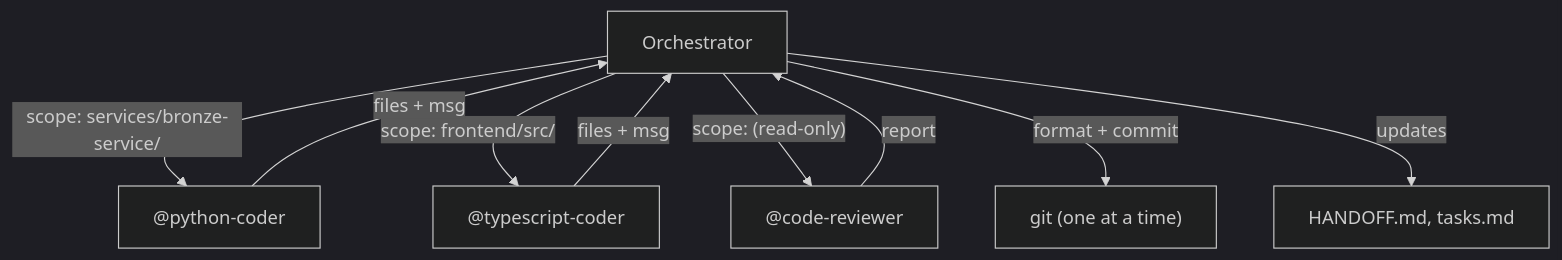
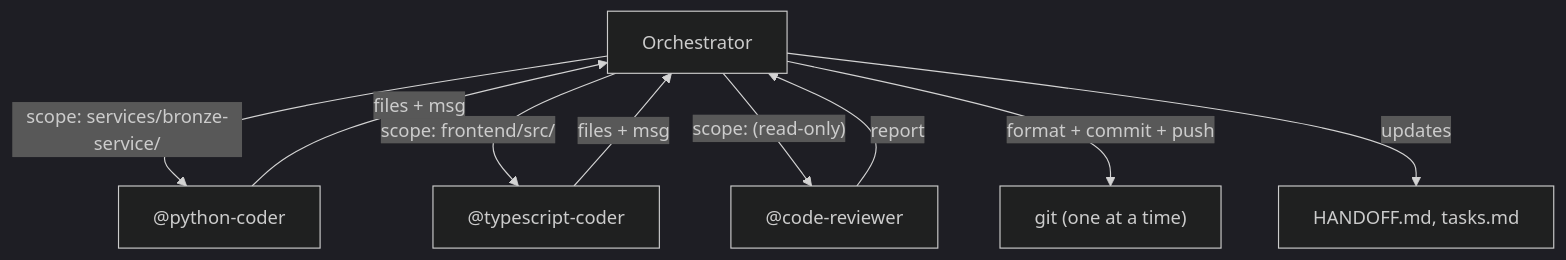
Before and after one commit to Schmoiger/start-here: the diagram in context/standards/agent-standards.md, drawn with Mermaid (dark theme). The commit also changed other lines of this file and 6 other files, not shown here.

````diff
--- a/context/standards/agent-standards.md
+++ b/context/standards/agent-standards.md
@@ -328,12 +328,12 @@
 ```mermaid
 flowchart TD
     ORCH["Orchestrator"]
     ORCH -->|"scope: services/bronze-service/"| PY1["@python-coder"]
     ORCH -->|"scope: frontend/src/"| TS["@typescript-coder"]
     ORCH -->|"scope: (read-only)"| CR["@code-reviewer"]
     PY1 -->|"files + msg"| ORCH
     TS -->|"files + msg"| ORCH
     CR -->|"report"| ORCH
-    ORCH -->|"format + commit"| GIT["git (one at a time)"]
+    ORCH -->|"format + commit + push"| GIT["git (one at a time)"]
     ORCH -->|"updates"| SHARED["HANDOFF.md, tasks.md"]
 ```
````
